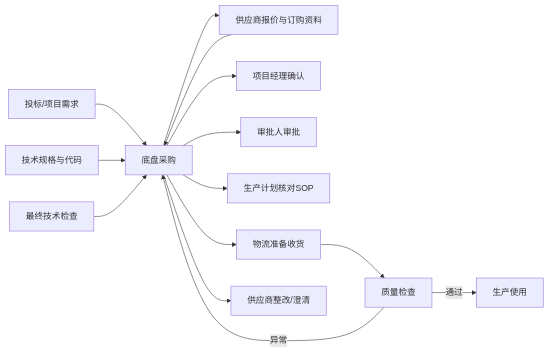
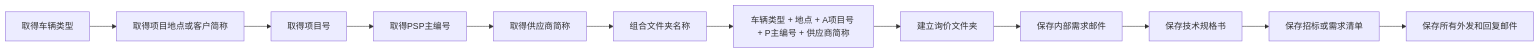
The fourth of 52 diagrams in README.md (giengenbw/chassisprocess), drawn with Mermaid before and after one commit. The commit also changed other lines of this file, not shown here.

````diff
--- a/README.md
+++ b/README.md
@@ -72,16 +93,14 @@
 ```mermaid
 flowchart LR
-    A[投标/项目需求] --> B[底盘采购]
-    C[技术规格与代码] --> B
-    D[最终技术检查] --> B
-    B --> E[供应商报价与订购资料]
-    E --> B
-    B --> F[项目经理确认]
-    B --> G[审批人审批]
-    B --> H[生产计划核对SOP]
-    B --> I[物流准备收货]
-    I --> J[质量检查]
-    J -->|异常| B
-    B --> K[供应商整改/澄清]
-    J -->|通过| L[生产使用]
+    A[取得车辆类型] --> B[取得项目地点或客户简称]
+    B --> C[取得项目号]
+    C --> D[取得PSP主编号]
+    D --> E[取得供应商简称]
+    E --> F[组合文件夹名称]
+    F --> G[车辆类型 + 地点 + A项目号 + P主编号 + 供应商简称]
+    G --> H[建立询价文件夹]
+    H --> I[保存内部需求邮件]
+    I --> J[保存技术规格书]
+    J --> K[保存招标或需求清单]
+    K --> L[保存所有外发和回复邮件]
 ```
````
